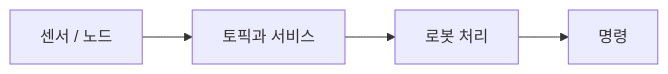
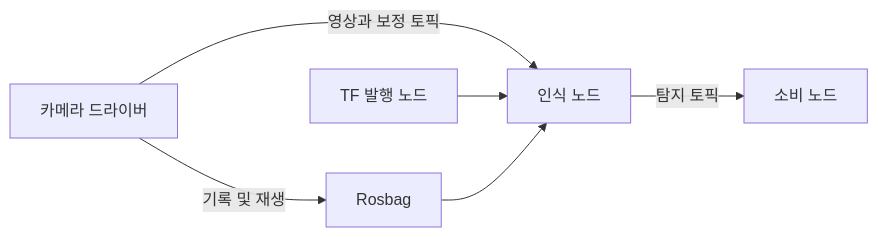
Before and after one commit to james-joobs/awesome-nvidia-physical-ai: the diagram in docs/ko/ros-2.md, drawn with Mermaid. The commit also changed other lines of this file and 187 other files, not shown here.

Commit message:
Expand bilingual guides with official architecture references

````diff
--- a/docs/ko/ros-2.md
+++ b/docs/ko/ros-2.md
@@ -11,4 +11,8 @@
 ```mermaid
 flowchart LR
-    A["센서 / 노드"] --> B["토픽과 서비스"] --> C["로봇 처리"] --> D["명령"]
+    C["카메라 드라이버"] -->|영상과 보정 토픽| P["인식 노드"]
+    P -->|탐지 토픽| D["소비 노드"]
+    T["TF 발행 노드"] --> P
+    C -->|기록 및 재생| B["Rosbag"]
+    B --> P
 ```
````
